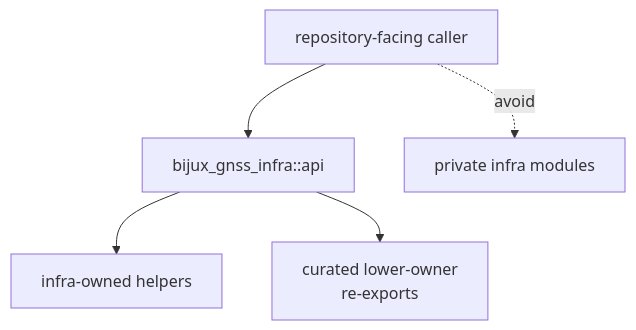
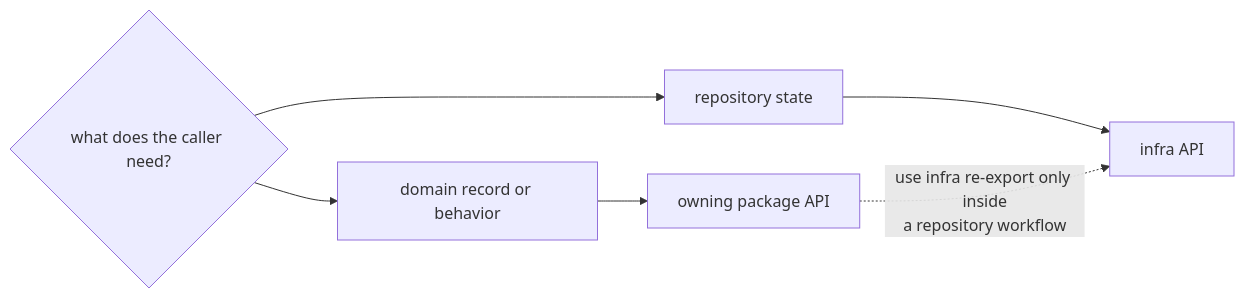
The diagram in docs/03-bijux-gnss-infra/interfaces/public-imports.md (bijux/bijux-telecom), drawn with Mermaid before and after one commit. The commit also changed other lines of this file and 1 other file, not shown here.

Commit message:
docs(infra): define public API ownership

````diff
--- a/docs/03-bijux-gnss-infra/interfaces/public-imports.md
+++ b/docs/03-bijux-gnss-infra/interfaces/public-imports.md
@@ -19,13 +18,12 @@
 ```mermaid
-flowchart TD
-    caller["repository-facing caller"]
-    api["bijux_gnss_infra::api"]
-    infra["infra-owned helpers"]
-    reexports["curated lower-owner<br/>re-exports"]
-    private["private infra modules"]
+flowchart LR
+    need{"what does the caller need?"}
+    state["repository state"]
+    domain["domain record or behavior"]
+    api["infra API"]
+    owner["owning package API"]
 
-    caller --> api
-    api --> infra
-    api --> reexports
-    caller -. avoid .-> private
+    need --> state --> api
+    need --> domain --> owner
+    owner -. "use infra re-export only inside<br/>a repository workflow" .-> api
 ```
````
